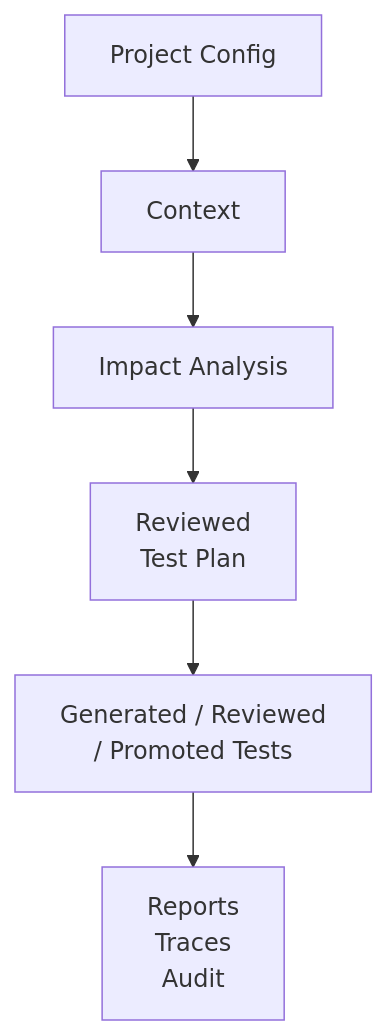
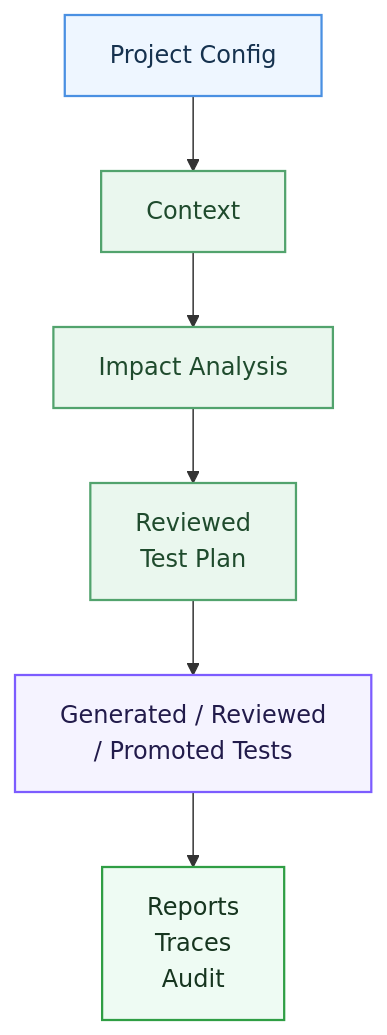
Before and after one commit to Qin-BL/quality-platform: the sixth of 6 diagrams in docs/qa/architecture.md, drawn with Mermaid. The commit also changed other lines of this file and 2 other files, not shown here.

Commit message:
Style Mermaid diagrams for readability

```diff
--- a/docs/qa/architecture.md
+++ b/docs/qa/architecture.md
@@ -182,8 +228,16 @@
 ::: mermaid
 graph TD
     C1["Project Config"] --> C2["Context"]
     C2 --> C3["Impact Analysis"]
     C3 --> C4["Reviewed<br/>Test Plan"]
     C4 --> C5["Generated / Reviewed<br/>/ Promoted Tests"]
     C5 --> C6["Reports<br/>Traces<br/>Audit"]
+    classDef config fill:#eef6ff,stroke:#4a90e2,color:#16324f,stroke-width:1.5px;
+    classDef planning fill:#eaf7ee,stroke:#52a36d,color:#1f4b2d,stroke-width:1.5px;
+    classDef execution fill:#f5f3ff,stroke:#7c5cff,color:#221b4b,stroke-width:1.5px;
+    classDef output fill:#eefbf3,stroke:#2f9e44,color:#16351f,stroke-width:1.5px;
+    class C1 config;
+    class C2,C3,C4 planning;
+    class C5 execution;
+    class C6 output;
 :::
```
